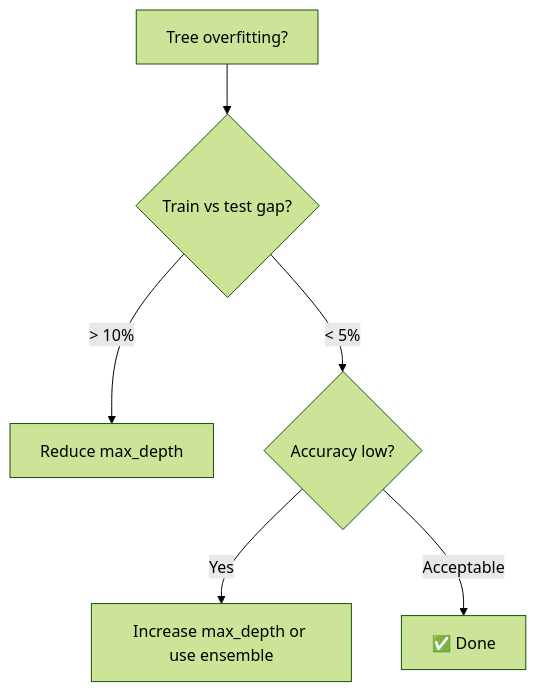
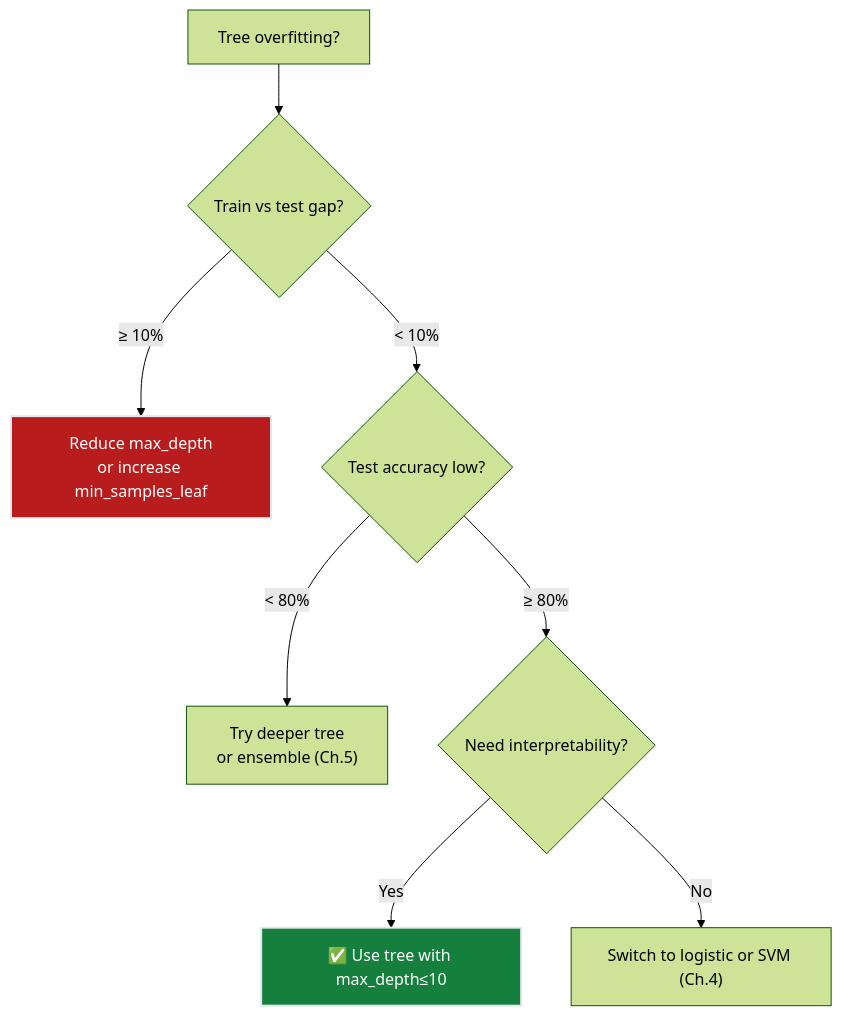
The fourth of 5 diagrams in notes/ML/02_classification/ch02_classical_classifiers/README.md (deepakshamsft/ai-portfolio), drawn with Mermaid (forest theme) before and after one commit. The commit also changed other lines of this file and 41 other files, not shown here.

````diff
--- a/notes/ML/02_classification/ch02_classical_classifiers/README.md
+++ b/notes/ML/02_classification/ch02_classical_classifiers/README.md
@@ -204,8 +421,13 @@
 ```mermaid
 graph TD
     A["Tree overfitting?"] --> B{"Train vs test gap?"}
-    B -->|"> 10%"| C["Reduce max_depth"]
-    B -->|"< 5%"| D{"Accuracy low?"}
-    D -->|"Yes"| E["Increase max_depth or use ensemble"]
-    D -->|"Acceptable"| F["✅ Done"]
+    B -->|"≥ 10%"| C["Reduce max_depth<br/>or increase min_samples_leaf"]
+    B -->|"< 10%"| D{"Test accuracy low?"}
+    D -->|"< 80%"| E["Try deeper tree<br/>or ensemble (Ch.5)"]
+    D -->|"≥ 80%"| F{"Need interpretability?"}
+    F -->|"Yes"| G["✅ Use tree with max_depth≤10"]
+    F -->|"No"| H["Switch to logistic or SVM (Ch.4)"]
+    
+    style C fill:#b91c1c,stroke:#e2e8f0,stroke-width:2px,color:#ffffff
+    style G fill:#15803d,stroke:#e2e8f0,stroke-width:2px,color:#ffffff
 ```
````
